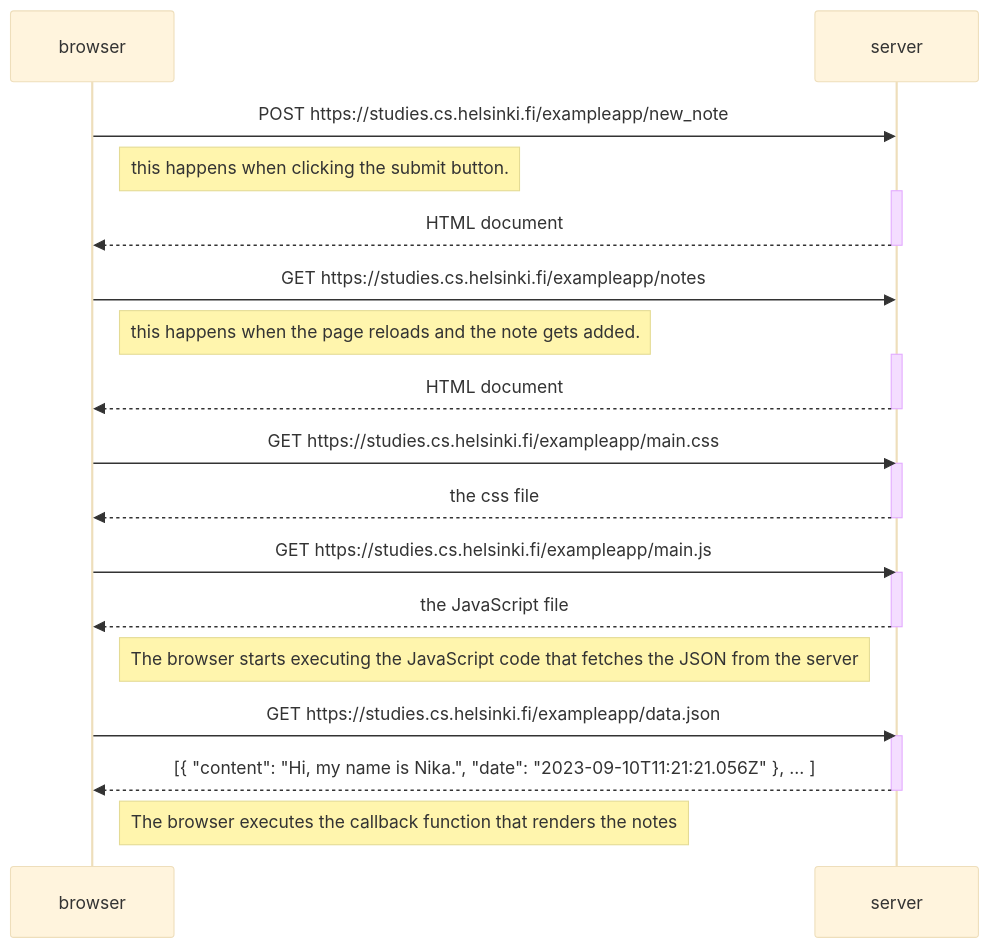
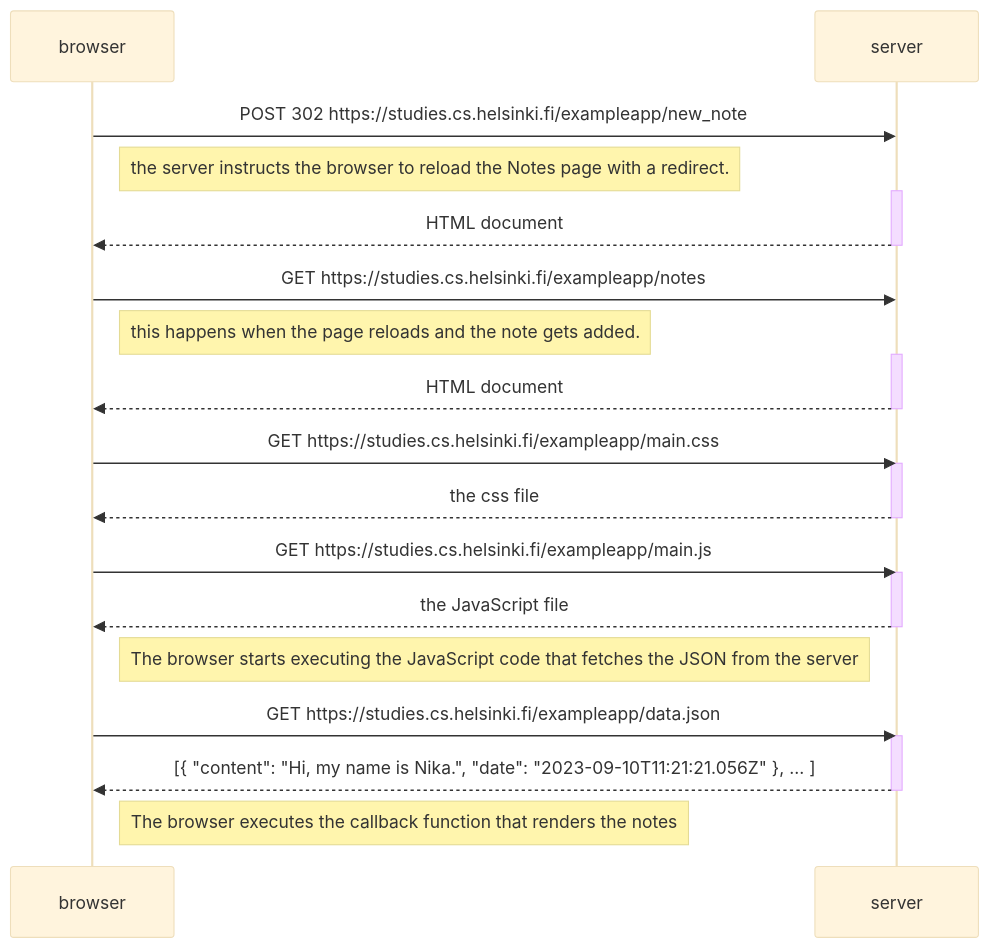
The diagram in Part 0/Ex0.4.mmd (Nikaishere/openBootcamp), drawn with Mermaid (base theme) before and after one commit.

```diff
--- a/Part 0/Ex0.4.mmd
+++ b/Part 0/Ex0.4.mmd
@@ -1,35 +1,35 @@
 sequenceDiagram
     participant browser
     participant server
 
-    browser->>server: POST https://studies.cs.helsinki.fi/exampleapp/new_note 
-               Note right of browser: this happens when clicking the submit button.
+    browser->>server: POST 302 https://studies.cs.helsinki.fi/exampleapp/new_note 
+               Note right of browser:  the server instructs the browser to reload the Notes page with a redirect.
     activate server
     server-->>browser: HTML document
     deactivate server
 
     browser->>server: GET https://studies.cs.helsinki.fi/exampleapp/notes
                  Note right of browser: this happens when the page reloads and the note gets added.
     activate server
     server-->>browser: HTML document
     deactivate server
 
 
     browser->>server: GET https://studies.cs.helsinki.fi/exampleapp/main.css
     activate server
     server-->>browser: the css file
     deactivate server
 
     browser->>server: GET https://studies.cs.helsinki.fi/exampleapp/main.js
     activate server
     server-->>browser: the JavaScript file
     deactivate server
 
     Note right of browser: The browser starts executing the JavaScript code that fetches the JSON from the server
 
     browser->>server: GET https://studies.cs.helsinki.fi/exampleapp/data.json
     activate server
     server-->>browser: [{ "content": "Hi, my name is Nika.", "date": "2023-09-10T11:21:21.056Z" }, ... ]
     deactivate server
 
     Note right of browser: The browser executes the callback function that renders the notes
```
